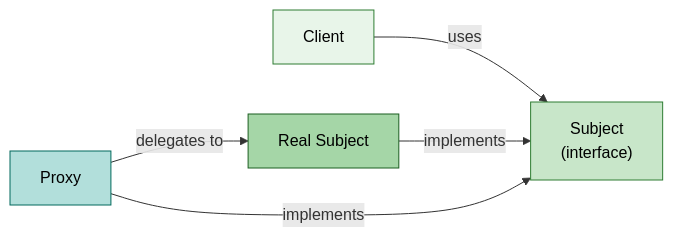
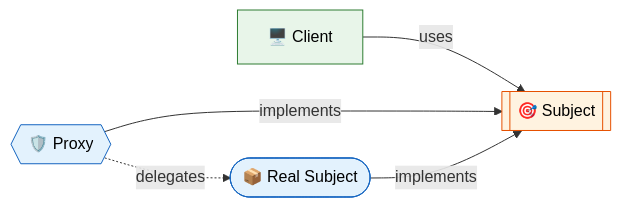
Before and after one commit to saivamsikaruturi/vamsilabs-dev-notes-main: the second of 4 diagrams in docs/designpatterns/structuralDesignPatterns/Proxydesignpattern.md, drawn with Mermaid. The commit also changed other lines of this file and 42 other files, not shown here.

````diff
--- a/docs/designpatterns/structuralDesignPatterns/Proxydesignpattern.md
+++ b/docs/designpatterns/structuralDesignPatterns/Proxydesignpattern.md
@@ -28,17 +28,12 @@
 ```mermaid
 flowchart LR
-    Client["Client"]
-    Subject["Subject\n(interface)"]
-    RealSubject["Real Subject"]
-    Proxy["Proxy"]
+    Client["🖥️ Client"] -->|"uses"| Subject[["🎯 Subject"]]
+    Proxy{{"🛡️ Proxy"}} -->|"implements"| Subject
+    Proxy -.->|"delegates"| Real(["📦 Real Subject"])
+    Real -->|"implements"| Subject
 
-    Client -->|uses| Subject
-    RealSubject -->|implements| Subject
-    Proxy -->|implements| Subject
-    Proxy -->|delegates to| RealSubject
-
-    style Client fill:#e8f5e9,stroke:#2e7d32,color:#000
-    style Subject fill:#c8e6c9,stroke:#2e7d32,color:#000
-    style RealSubject fill:#a5d6a7,stroke:#1b5e20,color:#000
-    style Proxy fill:#b2dfdb,stroke:#00695c,color:#000
+    style Client fill:#E8F5E9,stroke:#2E7D32,color:#000
+    style Subject fill:#FFF3E0,stroke:#E65100,color:#000
+    style Proxy fill:#E3F2FD,stroke:#1565C0,color:#000
+    style Real fill:#E3F2FD,stroke:#1565C0,color:#000
 ```
````
